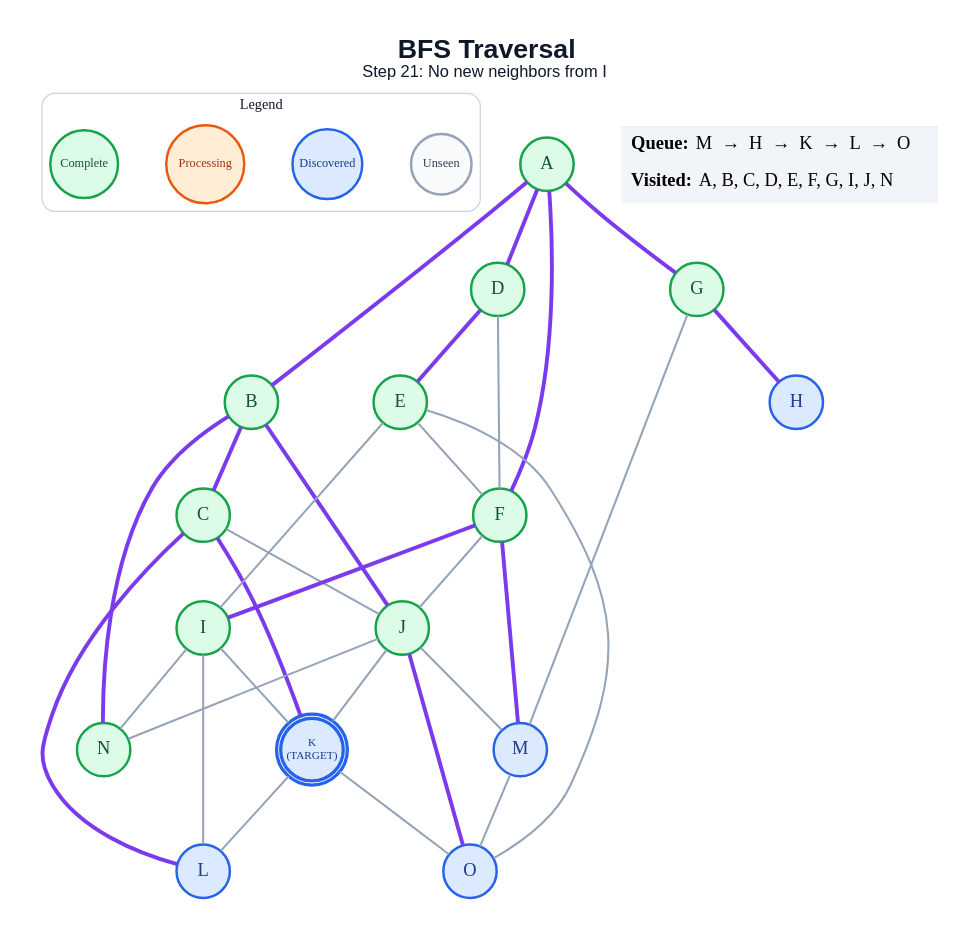
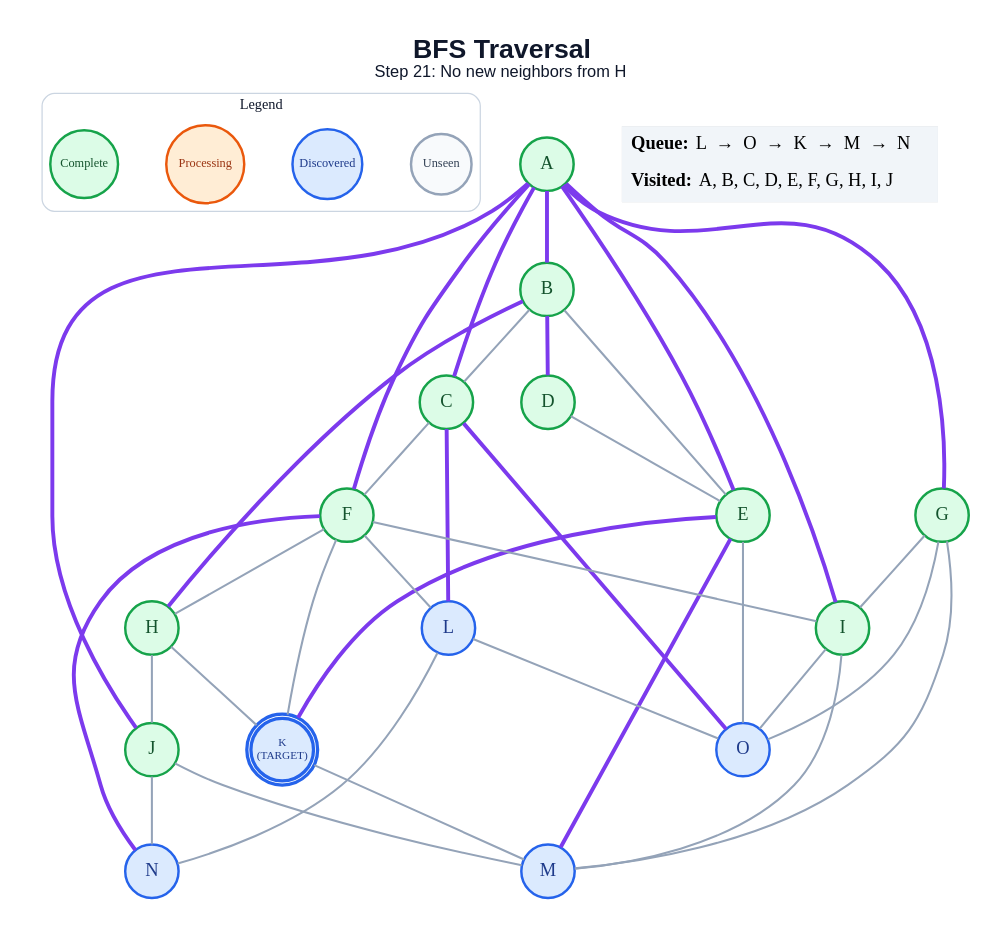
One commit to anon7238593-create/ai-slop changed the diagram in generated/specific-node/bfs/step_21.dot. Above: the diagram before and after it, drawn with Graphviz. The commit also changed 221 other files, not shown here.

```diff
--- a/generated/specific-node/bfs/step_21.dot
+++ b/generated/specific-node/bfs/step_21.dot
@@ -1,64 +1,69 @@
 graph traversal {
   graph [layout=dot, rankdir=TB, bgcolor="#FFFFFF", pad="0.35", nodesep="0.65", ranksep="0.8", fontname="Arial"];
   node [shape=circle, style="filled", fontname="Arial Bold", fontsize=18, width=0.72, fixedsize=true, penwidth=2.4];
   edge [color="#94A3B8", penwidth=2.0];
-  label=<<B>BFS Traversal</B><BR/><FONT POINT-SIZE="16">Step 21: No new neighbors from I</FONT>>; labelloc="t"; fontsize=26; fontname="Arial"; fontcolor="#0F172A";
+  label=<<B>BFS Traversal</B><BR/><FONT POINT-SIZE="16">Step 21: No new neighbors from H</FONT>>; labelloc="t"; fontsize=26; fontname="Arial"; fontcolor="#0F172A";
   subgraph cluster_legend { label="Legend"; color="#CBD5E1"; penwidth=1.2; style="rounded"; fontsize=14; fontname="Arial Bold";
     key_unseen [label="Unseen", fillcolor="#F8FAFC", color="#94A3B8", fontcolor="#334155", fontsize=12, width=0.82];
     key_frontier [label="Discovered", fillcolor="#DBEAFE", color="#2563EB", fontcolor="#1E3A8A", fontsize=12, width=0.95];
     key_current [label="Processing", fillcolor="#FFEDD5", color="#EA580C", fontcolor="#9A3412", fontsize=12, width=1.05];
     key_done [label="Complete", fillcolor="#DCFCE7", color="#16A34A", fontcolor="#14532D", fontsize=12, width=0.92];
     { rank=same; key_unseen; key_frontier; key_current; key_done; }
   }
   A [label="A", fillcolor="#DCFCE7", color="#16A34A", fontcolor="#14532D", peripheries=1, penwidth=2.4];
   B [label="B", fillcolor="#DCFCE7", color="#16A34A", fontcolor="#14532D", peripheries=1, penwidth=2.4];
   C [label="C", fillcolor="#DCFCE7", color="#16A34A", fontcolor="#14532D", peripheries=1, penwidth=2.4];
   D [label="D", fillcolor="#DCFCE7", color="#16A34A", fontcolor="#14532D", peripheries=1, penwidth=2.4];
   E [label="E", fillcolor="#DCFCE7", color="#16A34A", fontcolor="#14532D", peripheries=1, penwidth=2.4];
   F [label="F", fillcolor="#DCFCE7", color="#16A34A", fontcolor="#14532D", peripheries=1, penwidth=2.4];
   G [label="G", fillcolor="#DCFCE7", color="#16A34A", fontcolor="#14532D", peripheries=1, penwidth=2.4];
-  H [label="H", fillcolor="#DBEAFE", color="#2563EB", fontcolor="#1E3A8A", peripheries=1, penwidth=2.4];
+  H [label="H", fillcolor="#DCFCE7", color="#16A34A", fontcolor="#14532D", peripheries=1, penwidth=2.4];
   I [label="I", fillcolor="#DCFCE7", color="#16A34A", fontcolor="#14532D", peripheries=1, penwidth=2.4];
   J [label="J", fillcolor="#DCFCE7", color="#16A34A", fontcolor="#14532D", peripheries=1, penwidth=2.4];
   K [label="K\n(TARGET)", fillcolor="#DBEAFE", color="#2563EB", fontcolor="#1E3A8A", peripheries=2, penwidth=3.2, fontsize=11, width=0.85, height=0.85];
   L [label="L", fillcolor="#DBEAFE", color="#2563EB", fontcolor="#1E3A8A", peripheries=1, penwidth=2.4];
   M [label="M", fillcolor="#DBEAFE", color="#2563EB", fontcolor="#1E3A8A", peripheries=1, penwidth=2.4];
-  N [label="N", fillcolor="#DCFCE7", color="#16A34A", fontcolor="#14532D", peripheries=1, penwidth=2.4];
+  N [label="N", fillcolor="#DBEAFE", color="#2563EB", fontcolor="#1E3A8A", peripheries=1, penwidth=2.4];
   O [label="O", fillcolor="#DBEAFE", color="#2563EB", fontcolor="#1E3A8A", peripheries=1, penwidth=2.4];
   A -- B [color="#7C3AED", penwidth=3.8];
-  A -- D [color="#7C3AED", penwidth=3.8];
+  A -- C [color="#7C3AED", penwidth=3.8];
+  A -- E [color="#7C3AED", penwidth=3.8];
   A -- F [color="#7C3AED", penwidth=3.8];
   A -- G [color="#7C3AED", penwidth=3.8];
-  B -- C [color="#7C3AED", penwidth=3.8];
-  B -- J [color="#7C3AED", penwidth=3.8];
-  B -- N [color="#7C3AED", penwidth=3.8];
-  C -- J;
-  C -- K [color="#7C3AED", penwidth=3.8];
+  A -- I [color="#7C3AED", penwidth=3.8];
+  A -- J [color="#7C3AED", penwidth=3.8];
+  B -- C;
+  B -- D [color="#7C3AED", penwidth=3.8];
+  B -- E;
+  B -- H [color="#7C3AED", penwidth=3.8];
+  C -- F;
   C -- L [color="#7C3AED", penwidth=3.8];
-  D -- E [color="#7C3AED", penwidth=3.8];
-  D -- F;
-  E -- F;
-  E -- I;
+  C -- O [color="#7C3AED", penwidth=3.8];
+  D -- E;
+  E -- K [color="#7C3AED", penwidth=3.8];
+  E -- M [color="#7C3AED", penwidth=3.8];
   E -- O;
-  F -- I [color="#7C3AED", penwidth=3.8];
-  F -- J;
-  F -- M [color="#7C3AED", penwidth=3.8];
-  G -- H [color="#7C3AED", penwidth=3.8];
+  F -- H;
+  F -- I;
+  F -- K;
+  F -- L;
+  F -- N [color="#7C3AED", penwidth=3.8];
+  G -- I;
   G -- M;
-  I -- K;
-  I -- L;
-  I -- N;
-  J -- K;
+  G -- O;
+  H -- J;
+  H -- K;
+  I -- M;
+  I -- O;
   J -- M;
   J -- N;
-  J -- O [color="#7C3AED", penwidth=3.8];
-  K -- L;
-  K -- O;
-  M -- O;
+  K -- M;
+  L -- N;
+  L -- O;
   status [shape=plain, fixedsize=false, width=0, height=0, margin=0, label=<
     <TABLE BORDER="0" CELLBORDER="0" CELLPADDING="7" BGCOLOR="#F1F5F9">
-      <TR><TD ALIGN="LEFT"><B>Queue:</B> M  →  H  →  K  →  L  →  O</TD></TR>
-      <TR><TD ALIGN="LEFT"><B>Visited:</B> A, B, C, D, E, F, G, I, J, N</TD></TR>
+      <TR><TD ALIGN="LEFT"><B>Queue:</B> L  →  O  →  K  →  M  →  N</TD></TR>
+      <TR><TD ALIGN="LEFT"><B>Visited:</B> A, B, C, D, E, F, G, H, I, J</TD></TR>
     </TABLE>
   >];
 }
```
